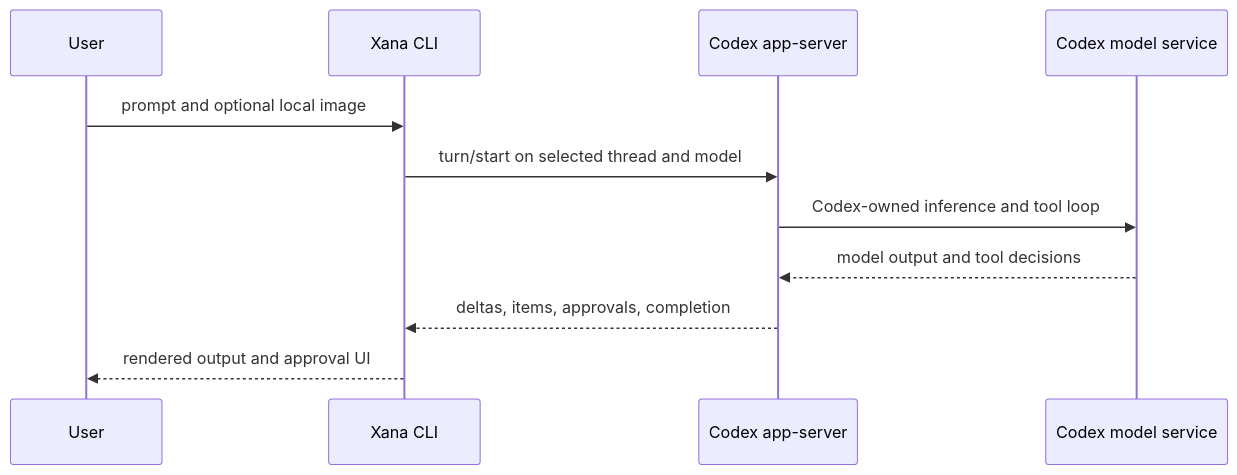
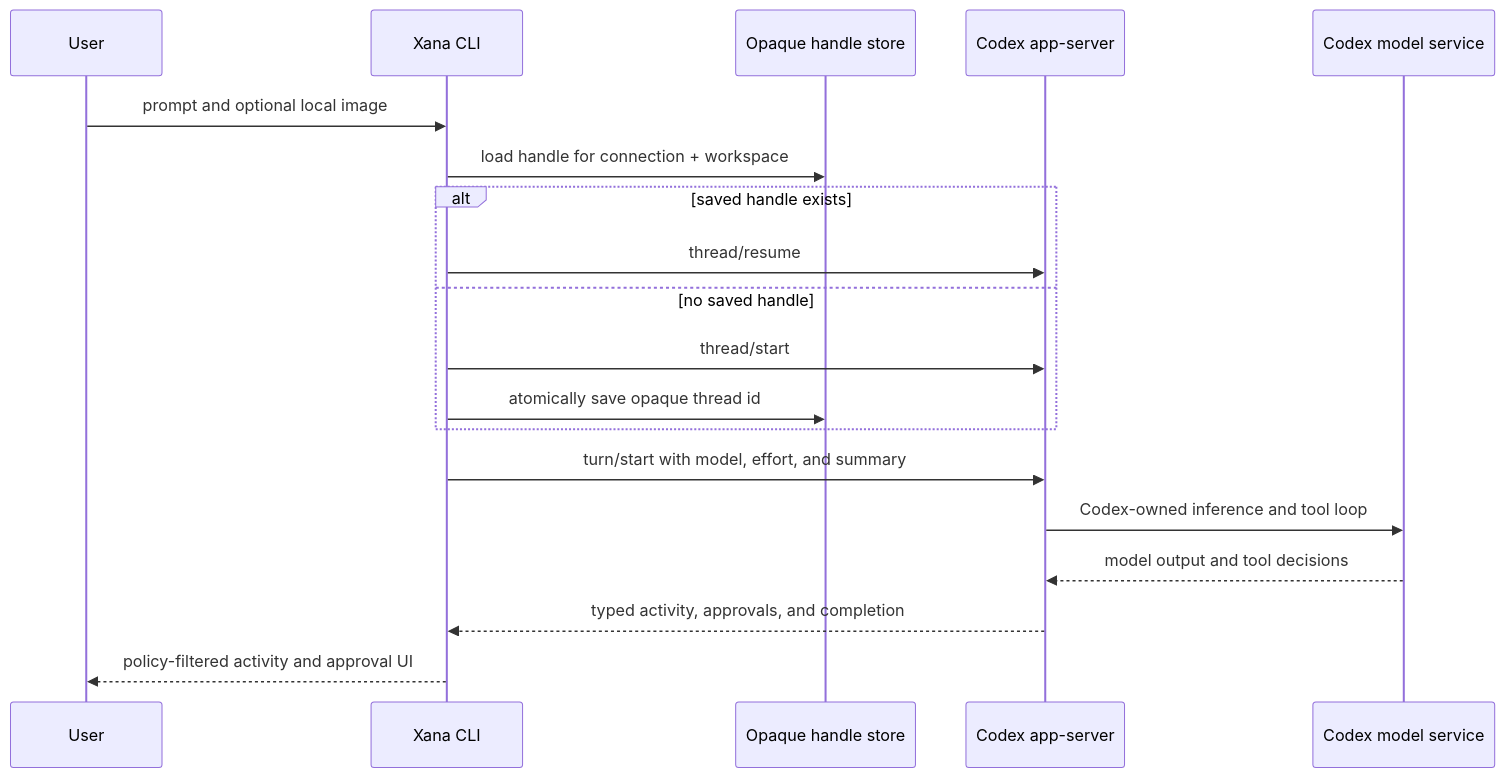
Before and after one commit to labcoder/xana: the third of 4 diagrams in docs/architecture/models-and-managed-runtimes.md, drawn with Mermaid. The commit also changed other lines of this file and 19 other files, not shown here.

Commit message:
feat(codex): add managed activity and thread continuity

````diff
--- a/docs/architecture/models-and-managed-runtimes.md
+++ b/docs/architecture/models-and-managed-runtimes.md
@@ -94,13 +105,21 @@
 ```mermaid
 sequenceDiagram
     participant U as User
     participant X as Xana CLI
+    participant H as Opaque handle store
     participant C as Codex app-server
     participant O as Codex model service
     U->>X: prompt and optional local image
-    X->>C: turn/start on selected thread and model
+    X->>H: load handle for connection + workspace
+    alt saved handle exists
+        X->>C: thread/resume
+    else no saved handle
+        X->>C: thread/start
+        X->>H: atomically save opaque thread id
+    end
+    X->>C: turn/start with model, effort, and summary
     C->>O: Codex-owned inference and tool loop
     O-->>C: model output and tool decisions
-    C-->>X: deltas, items, approvals, completion
-    X-->>U: rendered output and approval UI
+    C-->>X: typed activity, approvals, and completion
+    X-->>U: policy-filtered activity and approval UI
 ```
````
